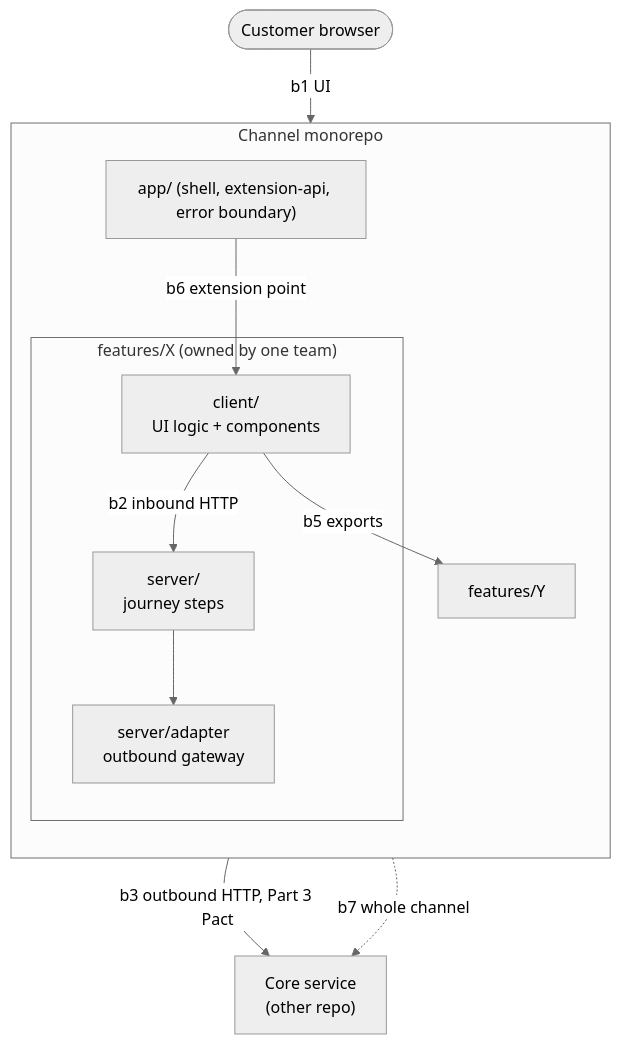
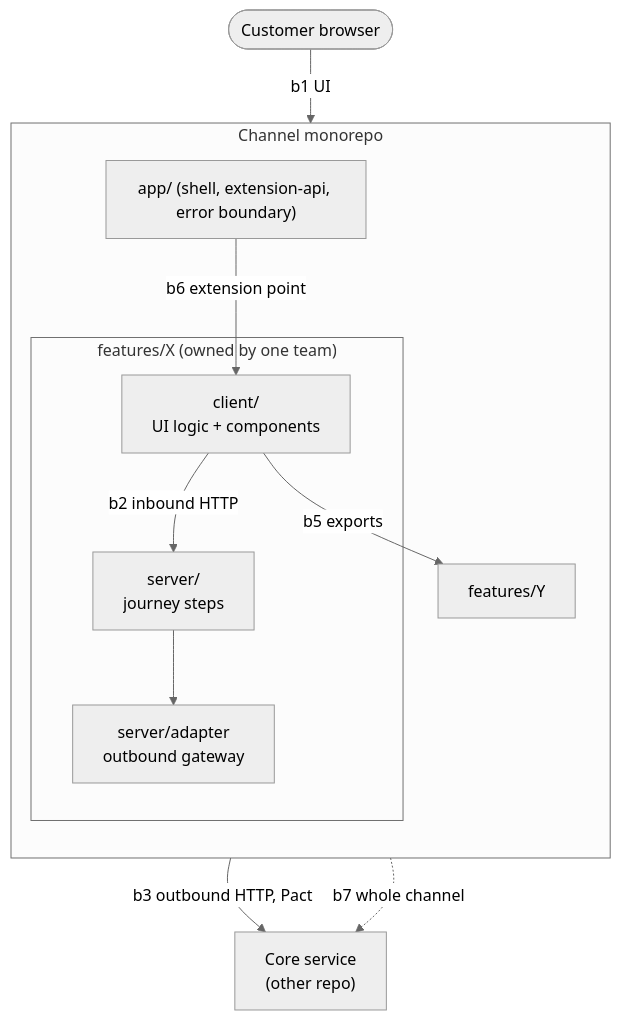
One commit to all-boundaries/website changed the first of 2 diagrams in src/content/docs/patterns/across-teams/test-boundaries.md. Above: the diagram before and after it, drawn with Mermaid (neutral theme). The commit also changed other lines of this file and 6 other files, not shown here.

````diff
--- a/src/content/docs/patterns/across-teams/test-boundaries.md
+++ b/src/content/docs/patterns/across-teams/test-boundaries.md
@@ -21,20 +21,20 @@
 ```mermaid
 flowchart TB
     Browser(["Customer browser"])
     subgraph Channel["Channel monorepo"]
         direction TB
         Shell["app/ (shell, extension-api, error boundary)"]
         subgraph Feat["features/X (owned by one team)"]
             Client["client/<br/>UI logic + components"]
             Srv["server/<br/>journey steps"]
             Adp["server/adapter<br/>outbound gateway"]
             Client -->|"b2 inbound HTTP"| Srv --> Adp
         end
         Shell -->|"b6 extension point"| Client
         Client -->|"b5 exports"| Other["features/Y"]
     end
     Core["Core service<br/>(other repo)"]
     Browser -->|"b1 UI"| Shell
-    Adp -->|"b3 outbound HTTP, Part 3 Pact"| Core
+    Adp -->|"b3 outbound HTTP, Pact"| Core
     Shell -.->|"b7 whole channel"| Core
 ```
````
